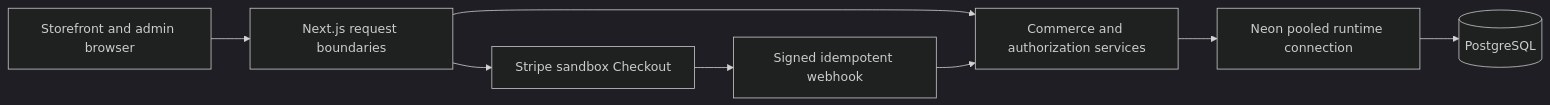
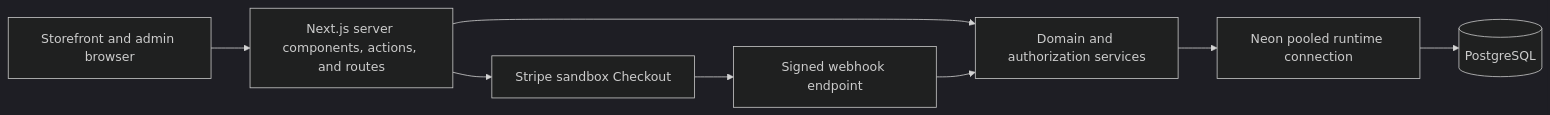
Before and after one commit to simonjr07/maison-vale: the diagram in README.md, drawn with Mermaid (dark theme). The commit also changed other lines of this file and 11 other files, not shown here.

````diff
--- a/README.md
+++ b/README.md
@@ -45,10 +55,10 @@
 ```mermaid
 flowchart LR
-    Browser[Storefront and admin browser] --> Next[Next.js request boundaries]
-    Next --> Services[Commerce and authorization services]
+    Browser[Storefront and admin browser] --> App[Next.js server components, actions, and routes]
+    App --> Services[Domain and authorization services]
     Services --> Pool[Neon pooled runtime connection]
     Pool --> DB[(PostgreSQL)]
-    Next --> Stripe[Stripe sandbox Checkout]
-    Stripe --> Webhook[Signed idempotent webhook]
+    App --> Stripe[Stripe sandbox Checkout]
+    Stripe --> Webhook[Signed webhook endpoint]
     Webhook --> Services
 ```
````
